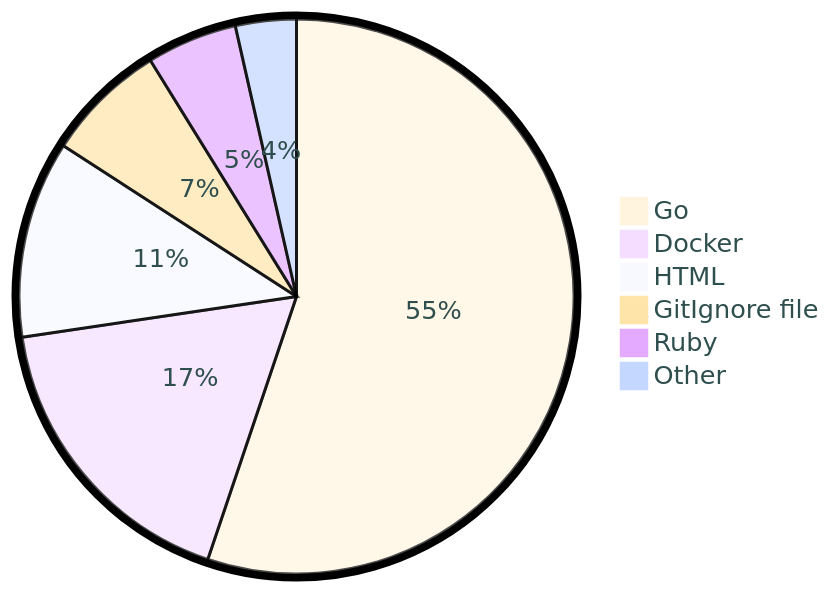
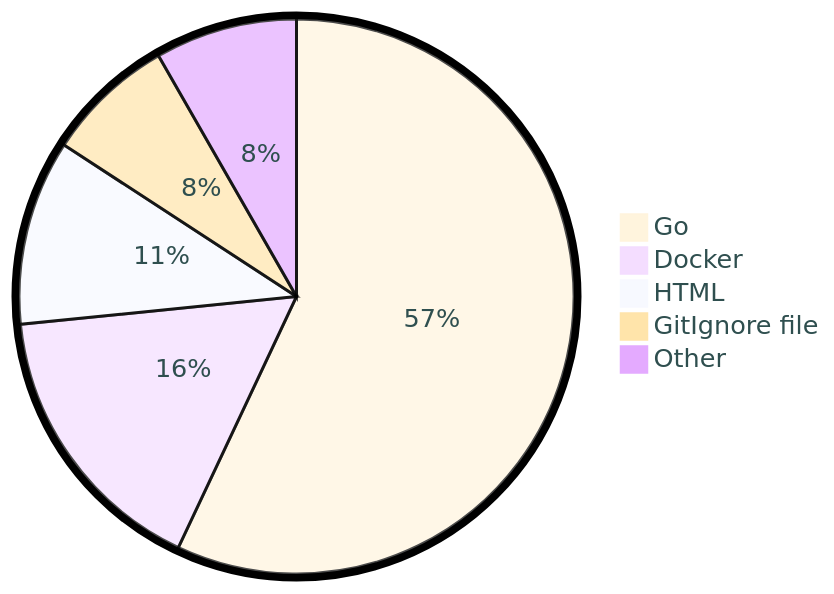
One commit to tot0p/tot0p changed the diagram in README.md. Above: the diagram before and after it, drawn with Mermaid. The commit also changed other lines of this file, not shown here.

````diff
--- a/README.md
+++ b/README.md
@@ -81,10 +80,9 @@
 ```mermaid
 %%{init: {"pie": {"textPosition": 0.5}, "themeVariables": {"pieOuterStrokeWidth": "5px","primaryTextColor" : "#2F4F4F"},"theme":"base"} }%%
 pie
-	"Go": 55.18
-	"Docker": 17.47
-	"HTML": 11.49
-	"GitIgnore file": 7.04
-	"Ruby": 5.28
-	"Other": 3.54
+	"Go": 56.99
+	"Docker": 16.4
+	"HTML": 10.79
+	"GitIgnore file": 7.52
+	"Other": 8.28
 ```
````
